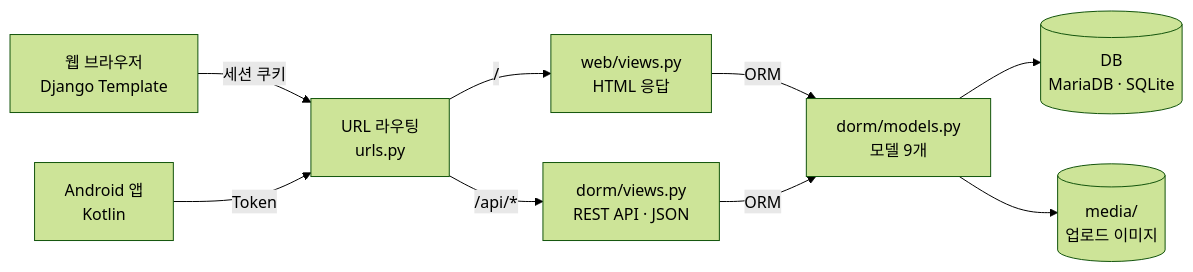
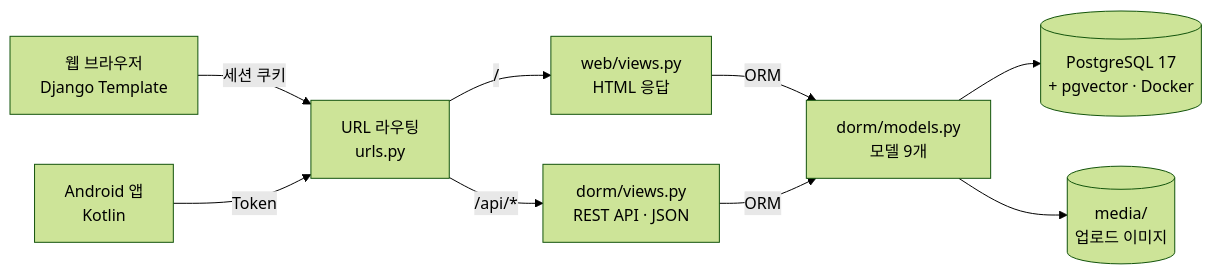
One commit to ahcy205/finalproject changed the diagram in README.md. Above: the diagram before and after it, drawn with Mermaid (forest theme). The commit also changed other lines of this file and 19 other files, not shown here.

First line of the commit message:
Switch the database from SQLite to PostgreSQL 17 + pgvector

````diff
--- a/README.md
+++ b/README.md
@@ -27,11 +27,11 @@
 ```mermaid
 flowchart LR
     B["웹 브라우저<br/>Django Template"] -- "세션 쿠키" --> R["URL 라우팅<br/>urls.py"]
     A["Android 앱<br/>Kotlin"] -- "Token" --> R
     R -- "/" --> W["web/views.py<br/>HTML 응답"]
     R -- "/api/*" --> D["dorm/views.py<br/>REST API · JSON"]
     W -- "ORM" --> M["dorm/models.py<br/>모델 9개"]
     D -- "ORM" --> M
-    M --> DB[("DB<br/>MariaDB · SQLite")]
+    M --> DB[("PostgreSQL 17<br/>+ pgvector · Docker")]
     M --> F[("media/<br/>업로드 이미지")]
 ```
````
